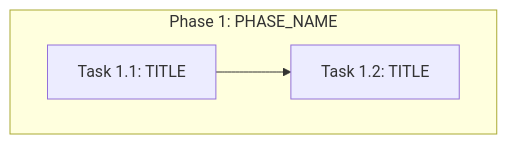
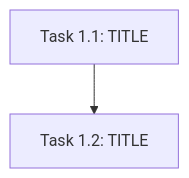
Before and after one commit to chirag-wrk/bug-fix-workflow: the diagram in openspec/schemas/openspec-bugfix-workflow/templates/tasks-modes/single-template.md, drawn with Mermaid. The commit also changed other lines of this file and 22 other files, not shown here.

Commit message:
Removed redundant templates and schema content

````diff
--- a/openspec/schemas/openspec-bugfix-workflow/templates/tasks-modes/single-template.md
+++ b/openspec/schemas/openspec-bugfix-workflow/templates/tasks-modes/single-template.md
@@ -27,8 +23,6 @@
 ```mermaid
 graph TD
-    subgraph phase1 [Phase 1: PHASE_NAME]
-        T1_1[Task 1.1: TITLE]
-        T1_2[Task 1.2: TITLE]
-        T1_1 --> T1_2
-    end
+    T1_1[Task 1.1: TITLE]
+    T1_2[Task 1.2: TITLE]
+    T1_1 --> T1_2
 ```
````
